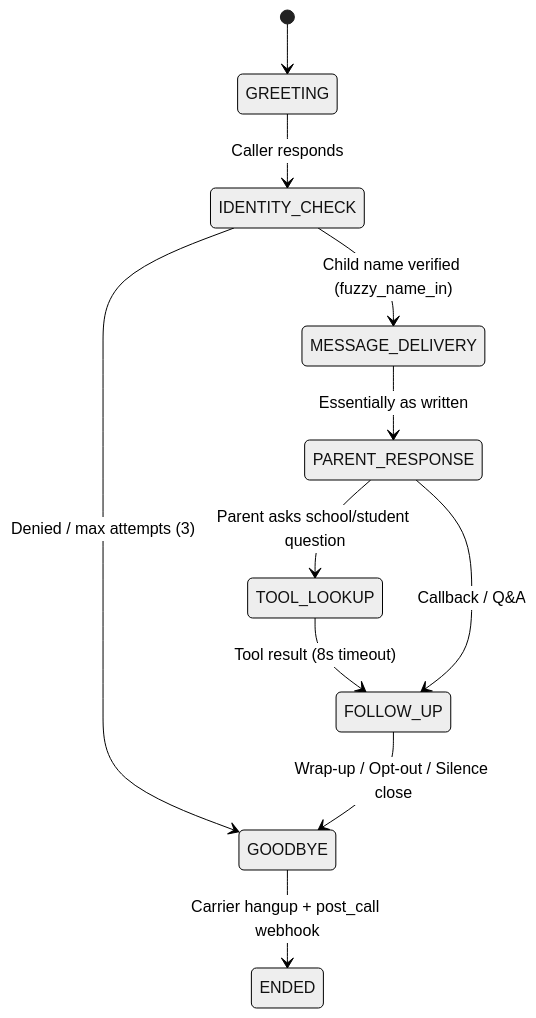
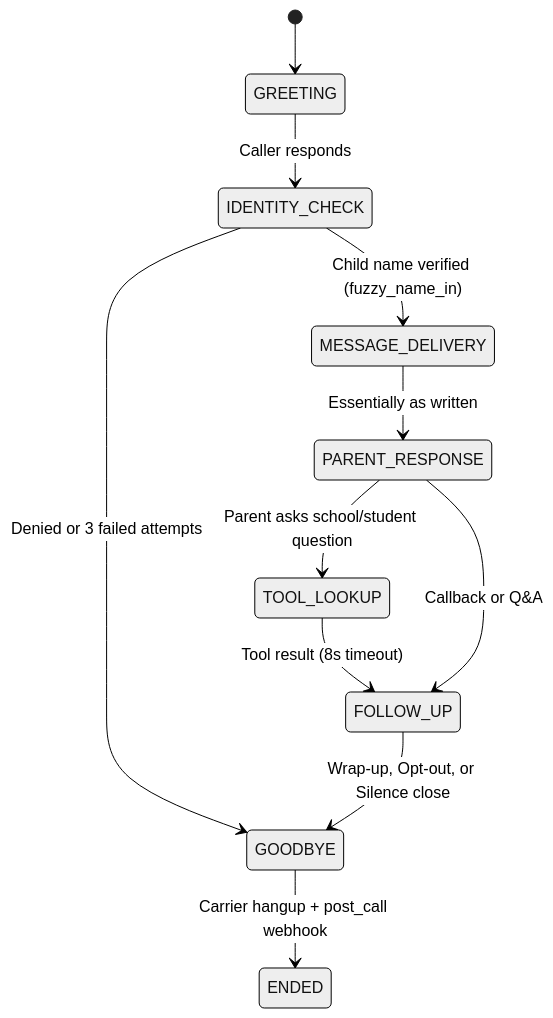
One commit to sargupta/sahayakai changed the second of 3 diagrams in sahayakai-main/docs/sampark/CALL_FLOW_ONEPAGER.md. Above: the diagram before and after it, drawn with Mermaid (neutral theme). The commit also changed other lines of this file and 1 other file, not shown here.

Commit message:
docs(sampark): add CI/PR links, follow-up tasks (SP-19..SP-25), and unified call-flow diagram

````diff
--- a/sahayakai-main/docs/sampark/CALL_FLOW_ONEPAGER.md
+++ b/sahayakai-main/docs/sampark/CALL_FLOW_ONEPAGER.md
@@ -49,13 +56,13 @@
 ```mermaid
 stateDiagram-v2
     [*] --> GREETING
     GREETING --> IDENTITY_CHECK: Caller responds
     IDENTITY_CHECK --> MESSAGE_DELIVERY: Child name verified (fuzzy_name_in)
-    IDENTITY_CHECK --> GOODBYE: Denied / max attempts (3)
+    IDENTITY_CHECK --> GOODBYE: Denied or 3 failed attempts
     MESSAGE_DELIVERY --> PARENT_RESPONSE: Essentially as written
     PARENT_RESPONSE --> TOOL_LOOKUP: Parent asks school/student question
     TOOL_LOOKUP --> FOLLOW_UP: Tool result (8s timeout)
-    PARENT_RESPONSE --> FOLLOW_UP: Callback / Q&A
-    FOLLOW_UP --> GOODBYE: Wrap-up / Opt-out / Silence close
+    PARENT_RESPONSE --> FOLLOW_UP: Callback or Q&A
+    FOLLOW_UP --> GOODBYE: Wrap-up, Opt-out, or Silence close
     GOODBYE --> ENDED: Carrier hangup + post_call webhook
 ```
````
